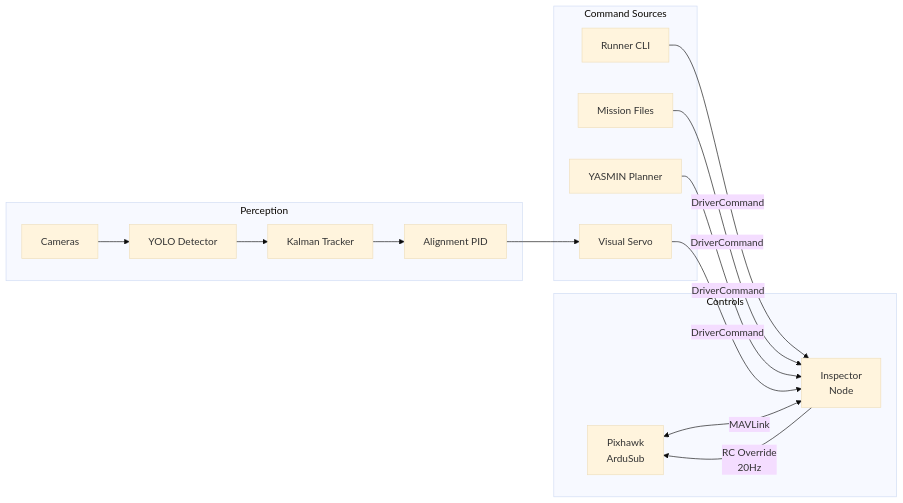
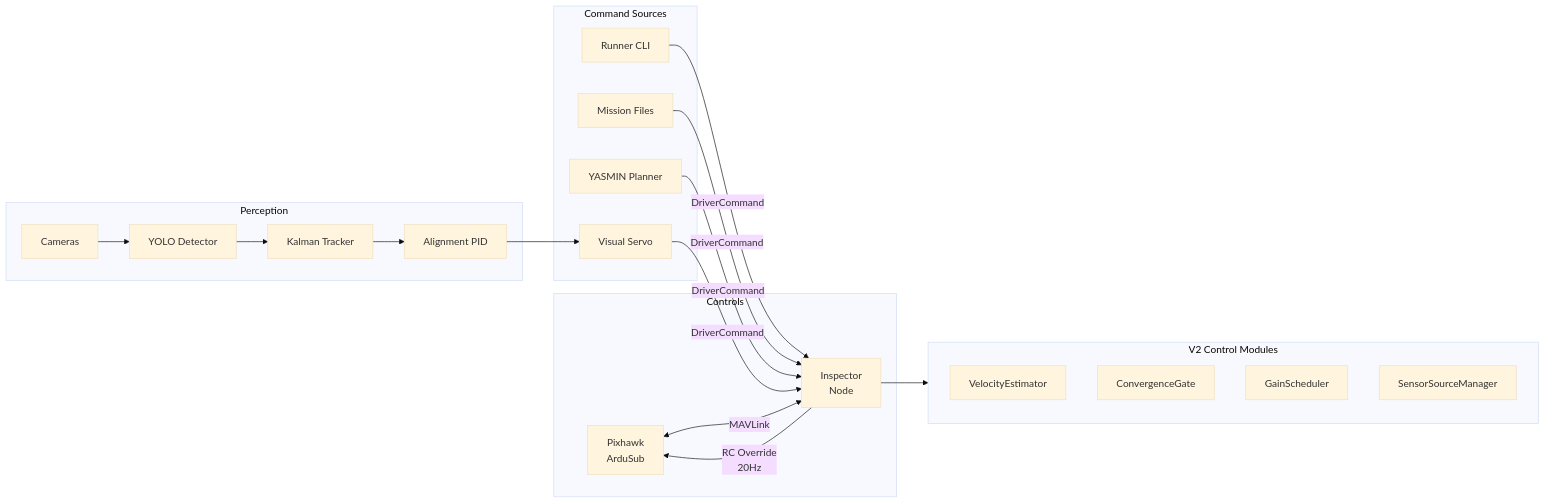
Before and after one commit to fh1m/duburi-codebase: the first of 5 diagrams in README.md, drawn with Mermaid (base theme). The commit also changed other lines of this file and 1 other file, not shown here.

First line of the commit message:
docs: Final V2 documentation sync with source code

````diff
--- a/README.md
+++ b/README.md
@@ -7,26 +9,35 @@
 ```mermaid
 flowchart LR
     subgraph Controls
         PIX[Pixhawk<br/>ArduSub] <-->|MAVLink| INS[Inspector<br/>Node]
         INS -->|RC Override<br/>20Hz| PIX
     end
     
     subgraph CmdSrc[Command Sources]
         CLI[Runner CLI]
         MISSION[Mission Files]
         PLANNER[YASMIN Planner]
         VISION[Visual Servo]
     end
     
     CLI -->|DriverCommand| INS
     MISSION -->|DriverCommand| INS
     PLANNER -->|DriverCommand| INS
     VISION -->|DriverCommand| INS
     
     subgraph Perception
         CAM[Cameras] --> DET[YOLO Detector]
         DET --> TRACK[Kalman Tracker]
         TRACK --> ALIGN[Alignment PID]
         ALIGN --> VISION
     end
+    
+    subgraph V2["V2 Control Modules"]
+        VE[VelocityEstimator]
+        CG[ConvergenceGate]
+        GS[GainScheduler]
+        SSM[SensorSourceManager]
+    end
+    
+    INS --> V2
 ```
````
